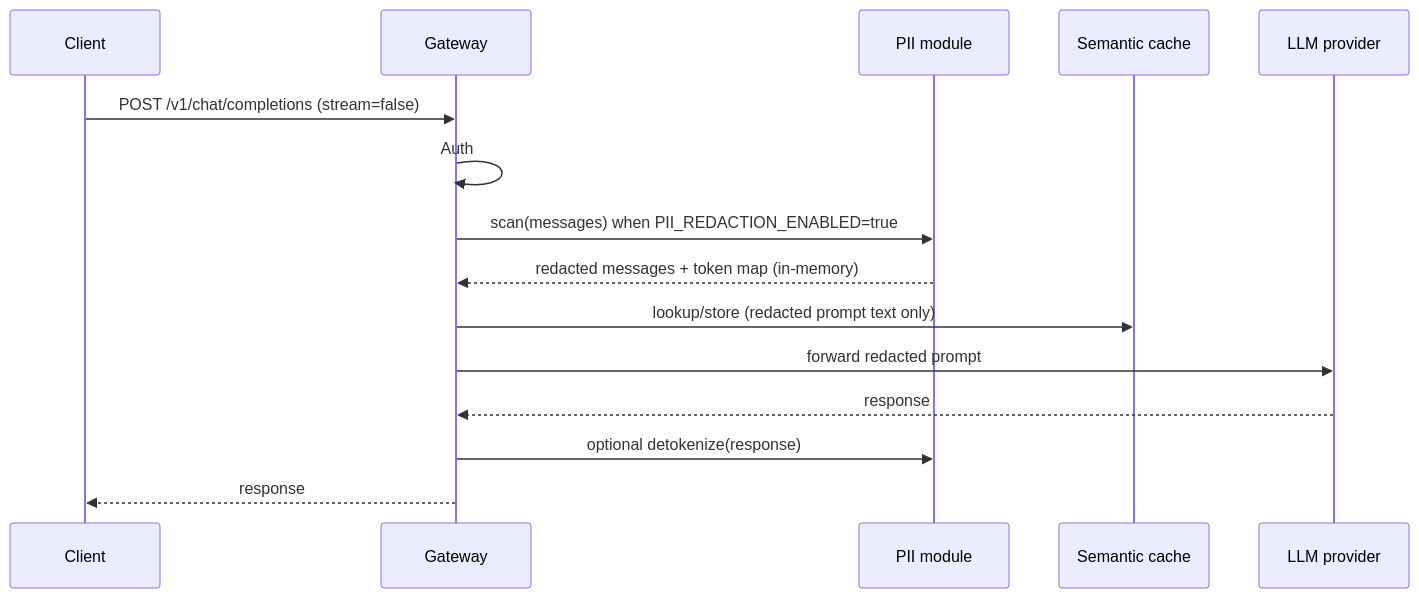
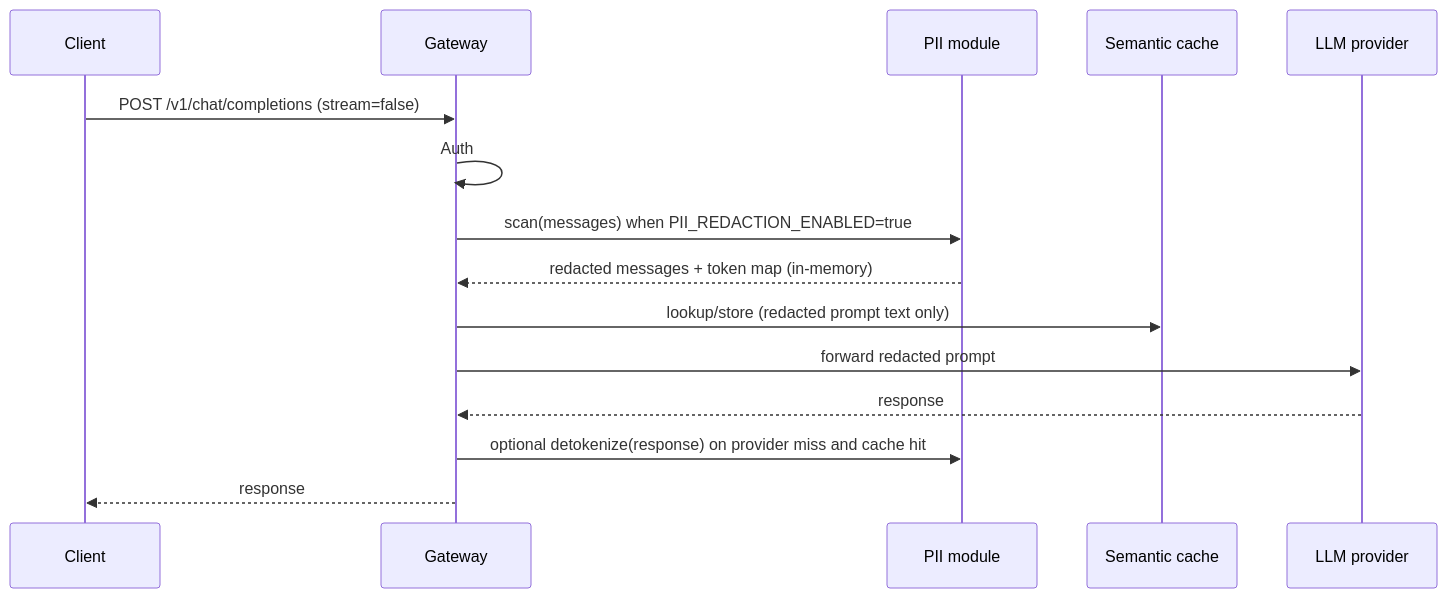
One commit to AseelHerzallah1/llm-gateway changed the diagram in docs/PII.md. Above: the diagram before and after it, drawn with Mermaid. The commit also changed other lines of this file and 12 other files, not shown here.

````diff
--- a/docs/PII.md
+++ b/docs/PII.md
@@ -39,18 +39,18 @@
 ```mermaid
 sequenceDiagram
     participant C as Client
     participant G as Gateway
     participant PII as PII module
     participant Cache as Semantic cache
     participant O as LLM provider
 
     C->>G: POST /v1/chat/completions (stream=false)
     G->>G: Auth
     G->>PII: scan(messages) when PII_REDACTION_ENABLED=true
     PII-->>G: redacted messages + token map (in-memory)
     G->>Cache: lookup/store (redacted prompt text only)
     G->>O: forward redacted prompt
     O-->>G: response
-    G->>PII: optional detokenize(response)
+    G->>PII: optional detokenize(response) on provider miss and cache hit
     G-->>C: response
 ```
````
